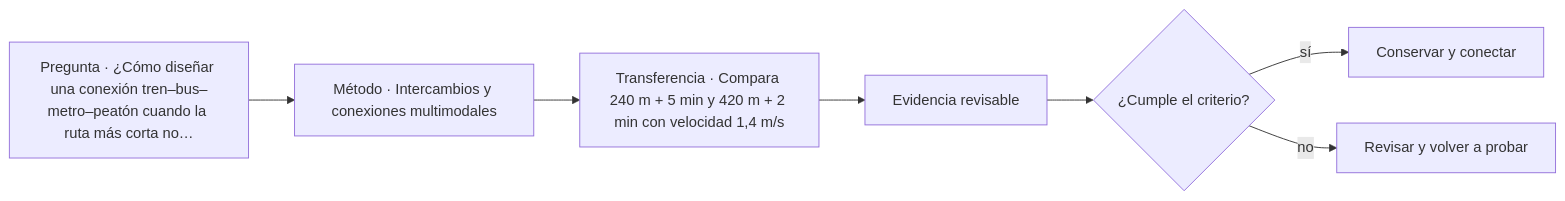
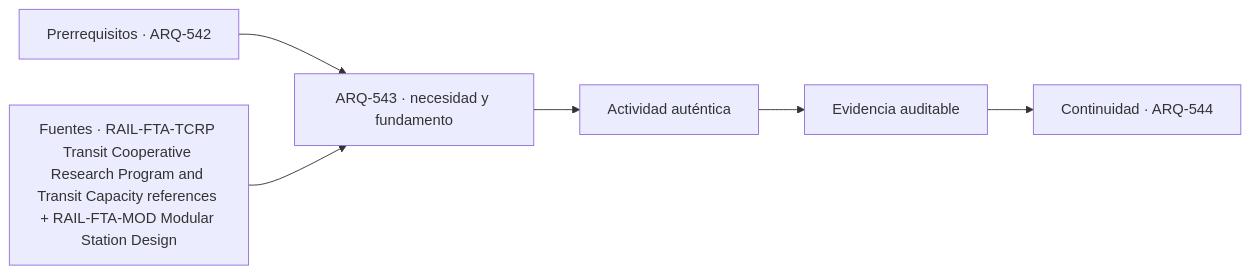
The diagram in classes/parte-55/ARQ-543.md (vladimiracunadev-create/architecture-built-environment-learning-program), drawn with Mermaid before and after one commit. The commit also changed other lines of this file and 761 other files, not shown here.

````diff
--- a/classes/parte-55/ARQ-543.md
+++ b/classes/parte-55/ARQ-543.md
@@ -95,9 +107,8 @@
 ```mermaid
 flowchart LR
-    Q["Pregunta · ¿Cómo diseñar una conexión tren–bus–metro–peatón cuando la ruta más corta no…"] --> M["Método · Intercambios y conexiones multimodales"]
-    M --> P["Transferencia · Compara 240 m + 5 min y 420 m + 2 min con velocidad 1,4 m/s"]
-    P --> E["Evidencia revisable"]
-    E --> C{"¿Cumple el criterio?"}
-    C -->|sí| T["Conservar y conectar"]
-    C -->|no| R["Revisar y volver a probar"]
+    A["Prerrequisitos · ARQ-542"] --> B["ARQ-543 · necesidad y fundamento"]
+    S["Fuentes · RAIL-FTA-TCRP Transit Cooperative Research Program and Transit Capacity references + RAIL-FTA-MOD Modular Station Design"] --> B
+    B --> C["Actividad auténtica"]
+    C --> D["Evidencia auditable"]
+    D --> E["Continuidad · ARQ-544"]
 ```
````
